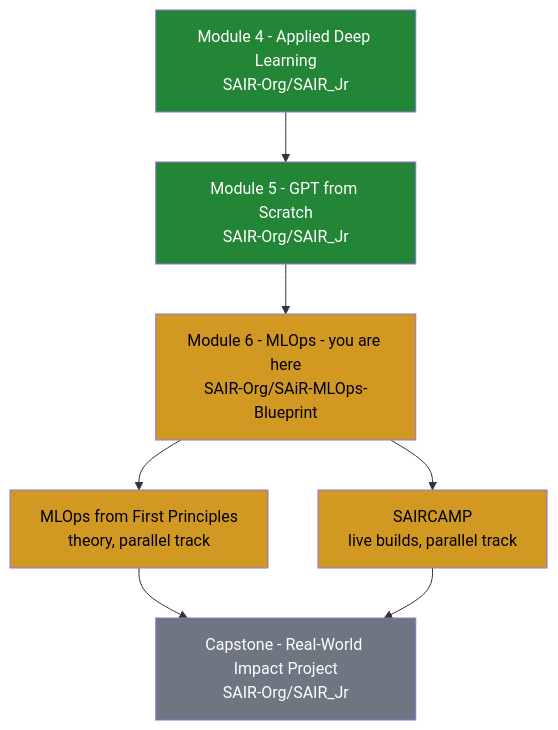
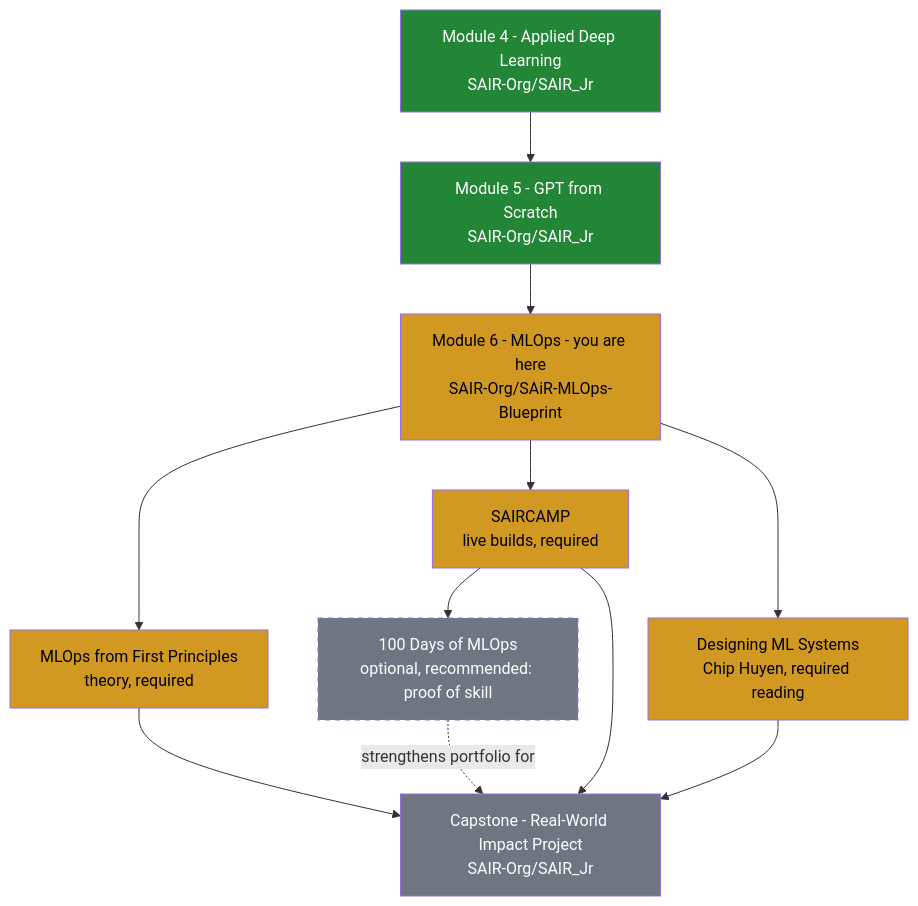
The fifth of 5 diagrams in README.md (SAIR-Org/SAiR-MLOps), drawn with Mermaid before and after one commit. The commit also changed other lines of this file, not shown here.

````diff
--- a/README.md
+++ b/README.md
@@ -336,18 +390,24 @@
 ```mermaid
 flowchart TD
     M4["Module 4 - Applied Deep Learning<br/>SAIR-Org/SAIR_Jr"] --> M5["Module 5 - GPT from Scratch<br/>SAIR-Org/SAIR_Jr"]
     M5 --> M6["Module 6 - MLOps - you are here<br/>SAIR-Org/SAiR-MLOps-Blueprint"]
 
-    M6 --> FP["MLOps from First Principles<br/>theory, parallel track"]
-    M6 --> SC["SAIRCAMP<br/>live builds, parallel track"]
+    M6 --> FP["MLOps from First Principles<br/>theory, required"]
+    M6 --> SC["SAIRCAMP<br/>live builds, required"]
+    M6 --> BK["Designing ML Systems<br/>Chip Huyen, required reading"]
 
     FP --> Cap["Capstone - Real-World Impact Project<br/>SAIR-Org/SAIR_Jr"]
+    SC --> HD["100 Days of MLOps<br/>optional, recommended: proof of skill"]
     SC --> Cap
+    BK --> Cap
+    HD -.strengthens portfolio for.-> Cap
 
     classDef done fill:#238636,color:#fff
     classDef current fill:#d29922,color:#000
+    classDef optional fill:#6e7681,color:#fff,stroke-dasharray: 5 5
     classDef next fill:#6e7681,color:#fff
     class M4,M5 done
-    class M6,FP,SC current
+    class M6,FP,SC,BK current
+    class HD optional
     class Cap next
 ```
````
